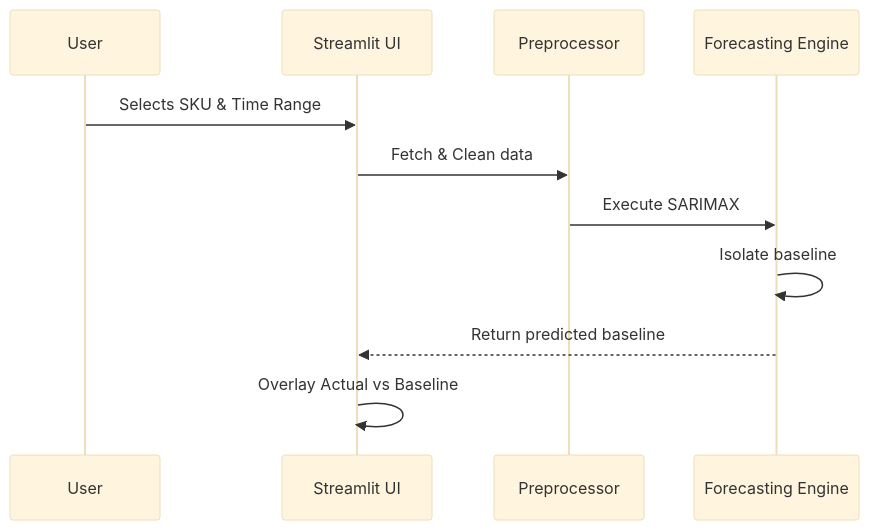
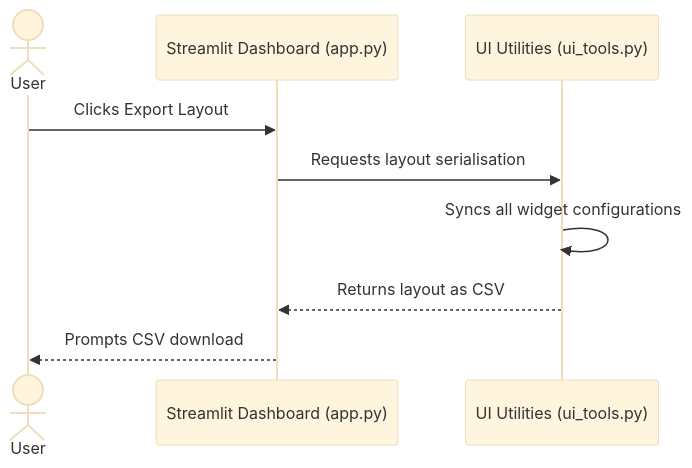
Before and after one commit to tt1m/baseline-sales-modelling-report: the fourth of 4 diagrams in docs/system-design.md, drawn with Mermaid (base theme). The commit also changed other lines of this file and 2 other files, not shown here.

````diff
--- a/docs/system-design.md
+++ b/docs/system-design.md
@@ -35,14 +182,12 @@
 ```mermaid
 sequenceDiagram
-    participant User
-    participant Dashboard as Streamlit UI
-    participant Preprocessor
-    participant Model as Forecasting Engine
-    
-    User->>Dashboard: Selects SKU & Time Range
-    Dashboard->>Preprocessor: Fetch & Clean data
-    Preprocessor->>Model: Execute SARIMAX
-    Model->>Model: Isolate baseline
-    Model-->>Dashboard: Return predicted baseline
-    Dashboard->>Dashboard: Overlay Actual vs Baseline
+    actor User
+    participant Dashboard as Streamlit Dashboard (app.py)
+    participant UITools as UI Utilities (ui_tools.py)
+
+    User->>Dashboard: Clicks Export Layout
+    Dashboard->>UITools: Requests layout serialisation
+    UITools->>UITools: Syncs all widget configurations
+    UITools-->>Dashboard: Returns layout as CSV
+    Dashboard-->>User: Prompts CSV download
 ```
````
